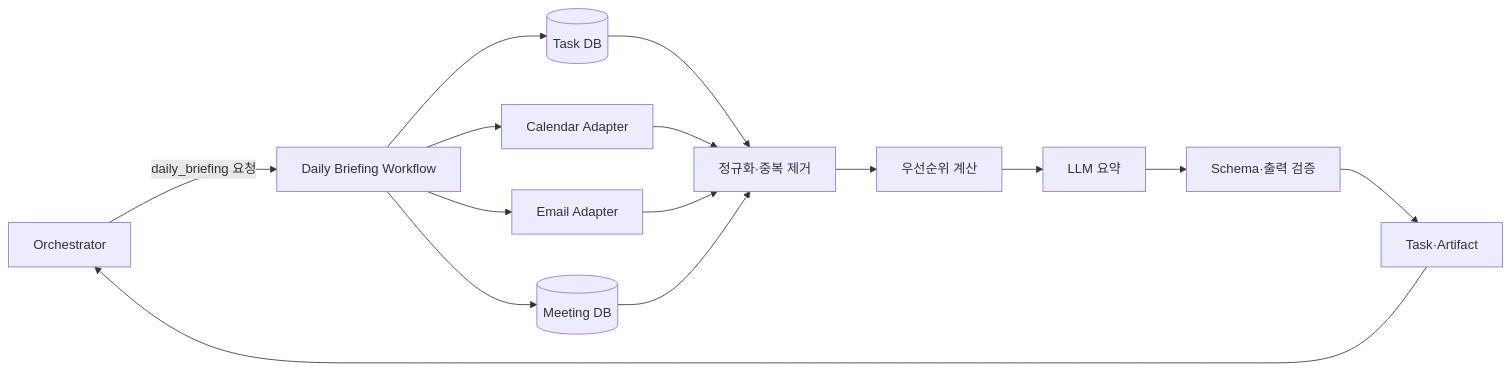
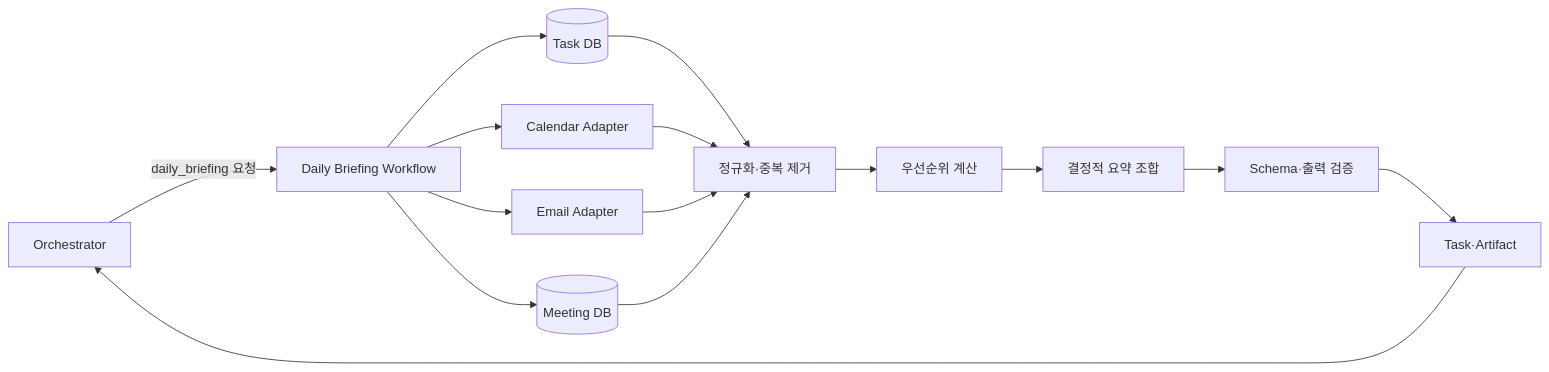
Before and after one commit to sjseo1221/workmate: the first of 9 diagrams in docs/04-scenarios.md, drawn with Mermaid. The commit also changed other lines of this file and 9 other files, not shown here.

````diff
--- a/docs/04-scenarios.md
+++ b/docs/04-scenarios.md
@@ -26,17 +32,17 @@
 ```mermaid
 flowchart LR
     O[Orchestrator] -->|daily_briefing 요청| W[Daily Briefing Workflow]
     W --> T[(Task DB)]
     W --> C[Calendar Adapter]
     W --> E[Email Adapter]
     W --> M[(Meeting DB)]
     T --> N[정규화·중복 제거]
     C --> N
     E --> N
     M --> N
     N --> P[우선순위 계산]
-    P --> L[LLM 요약]
+    P --> L[결정적 요약 조합]
     L --> V[Schema·출력 검증]
     V --> A[Task·Artifact]
     A --> O
 ```
````
